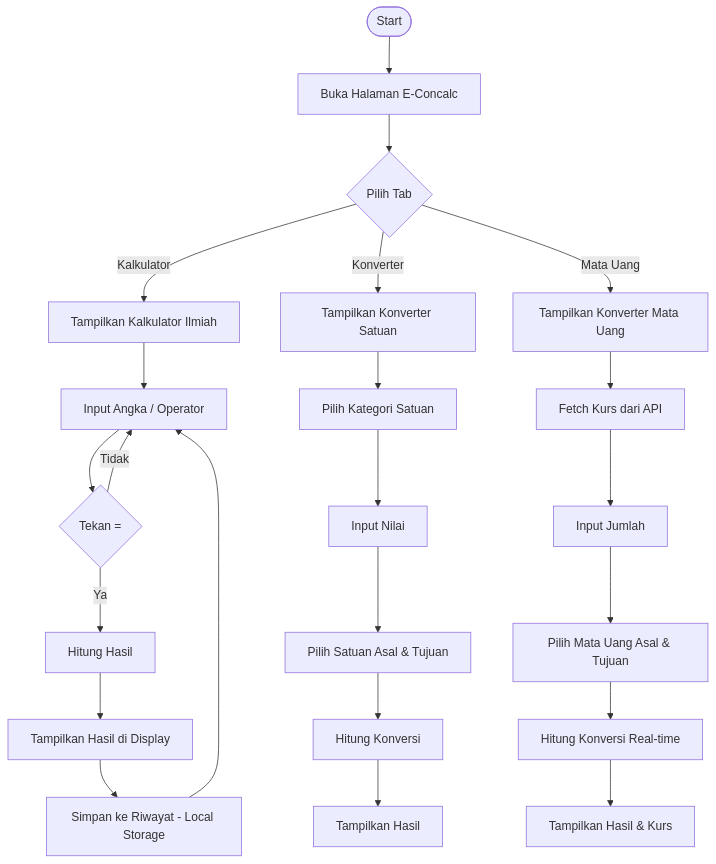
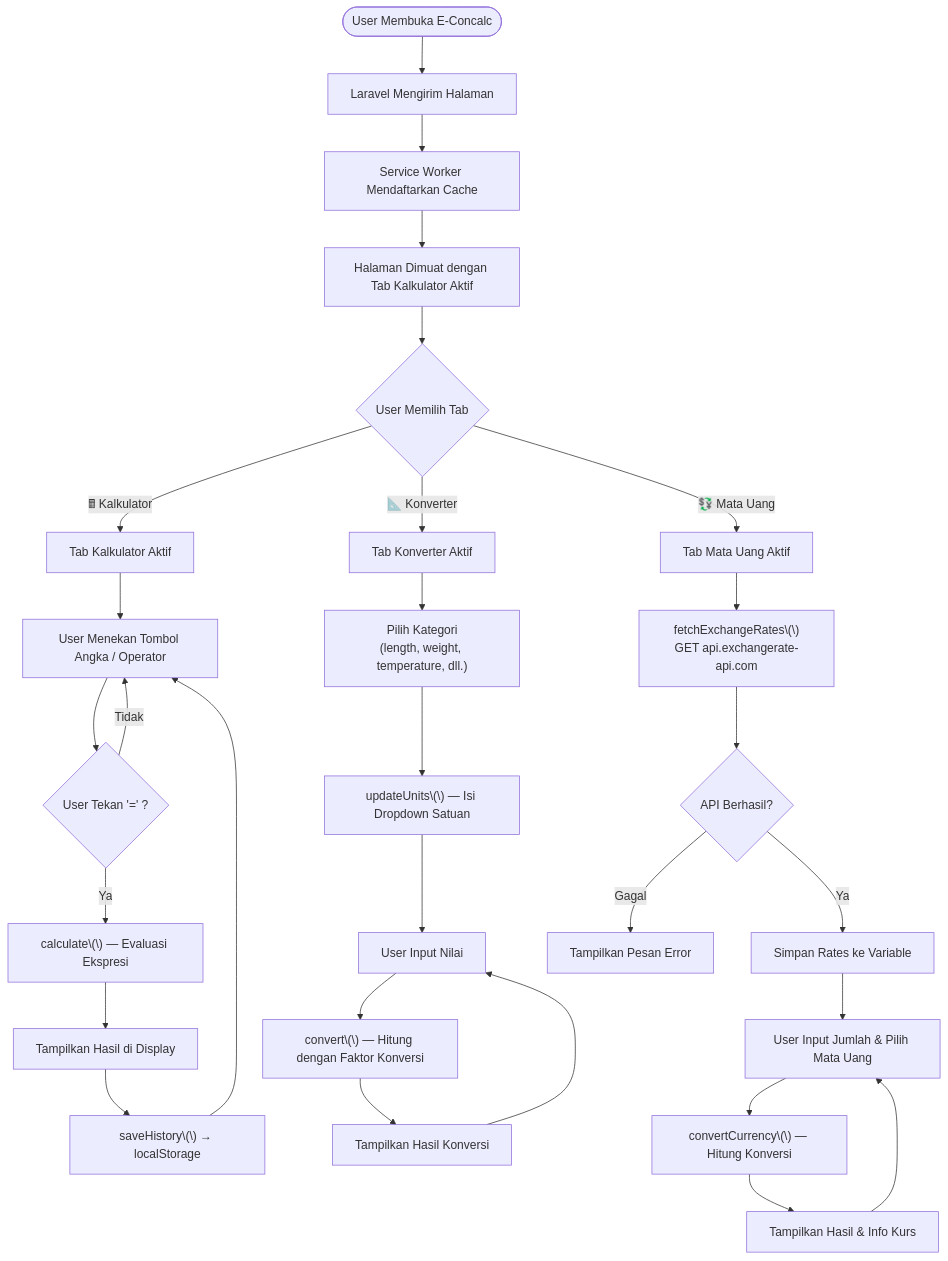
The second of 4 diagrams in e-concalc-web/README.md (falcon-ioi/Caclcon), drawn with Mermaid before and after one commit. The commit also changed other lines of this file, not shown here.

Commit message:
docs: fix UML diagrams to accurately match actual codebase features

````diff
--- a/e-concalc-web/README.md
+++ b/e-concalc-web/README.md
@@ -116,29 +129,34 @@
 ```mermaid
 flowchart TD
-    A([Start]) --> B[Buka Halaman E-Concalc]
-    B --> C{Pilih Tab}
+    A([User Membuka E-Concalc]) --> B[Laravel Mengirim Halaman]
+    B --> C[Service Worker Mendaftarkan Cache]
+    C --> D[Halaman Dimuat dengan Tab Kalkulator Aktif]
+    D --> E{User Memilih Tab}
 
-    C -->|Kalkulator| D[Tampilkan Kalkulator Ilmiah]
-    C -->|Konverter| E[Tampilkan Konverter Satuan]
-    C -->|Mata Uang| F[Tampilkan Konverter Mata Uang]
+    E -->|"🖩 Kalkulator"| F[Tab Kalkulator Aktif]
+    F --> F1[User Menekan Tombol Angka / Operator]
+    F1 --> F2{User Tekan '=' ?}
+    F2 -->|Ya| F3["calculate\(\) — Evaluasi Ekspresi"]
+    F3 --> F4[Tampilkan Hasil di Display]
+    F4 --> F5["saveHistory\(\) → localStorage"]
+    F5 --> F1
+    F2 -->|Tidak| F1
 
-    D --> D1[Input Angka / Operator]
-    D1 --> D2{Tekan =}
-    D2 -->|Ya| D3[Hitung Hasil]
-    D3 --> D4[Tampilkan Hasil di Display]
-    D4 --> D5[Simpan ke Riwayat - Local Storage]
-    D5 --> D1
-    D2 -->|Tidak| D1
+    E -->|"📐 Konverter"| G[Tab Konverter Aktif]
+    G --> G1["Pilih Kategori\n(length, weight, temperature, dll.)"]
+    G1 --> G2["updateUnits\(\) — Isi Dropdown Satuan"]
+    G2 --> G3[User Input Nilai]
+    G3 --> G4["convert\(\) — Hitung dengan Faktor Konversi"]
+    G4 --> G5[Tampilkan Hasil Konversi]
+    G5 --> G3
 
-    E --> E1[Pilih Kategori Satuan]
-    E1 --> E2[Input Nilai]
-    E2 --> E3[Pilih Satuan Asal & Tujuan]
-    E3 --> E4[Hitung Konversi]
-    E4 --> E5[Tampilkan Hasil]
-
-    F --> F1[Fetch Kurs dari API]
-    F1 --> F2[Input Jumlah]
-    F2 --> F3[Pilih Mata Uang Asal & Tujuan]
-    F3 --> F4[Hitung Konversi Real-time]
-    F4 --> F5[Tampilkan Hasil & Kurs]
+    E -->|"💱 Mata Uang"| H[Tab Mata Uang Aktif]
+    H --> H1["fetchExchangeRates\(\)\nGET api.exchangerate-api.com"]
+    H1 --> H2{API Berhasil?}
+    H2 -->|Ya| H3[Simpan Rates ke Variable]
+    H2 -->|Gagal| H4[Tampilkan Pesan Error]
+    H3 --> H5[User Input Jumlah & Pilih Mata Uang]
+    H5 --> H6["convertCurrency\(\) — Hitung Konversi"]
+    H6 --> H7[Tampilkan Hasil & Info Kurs]
+    H7 --> H5
 ```
````
